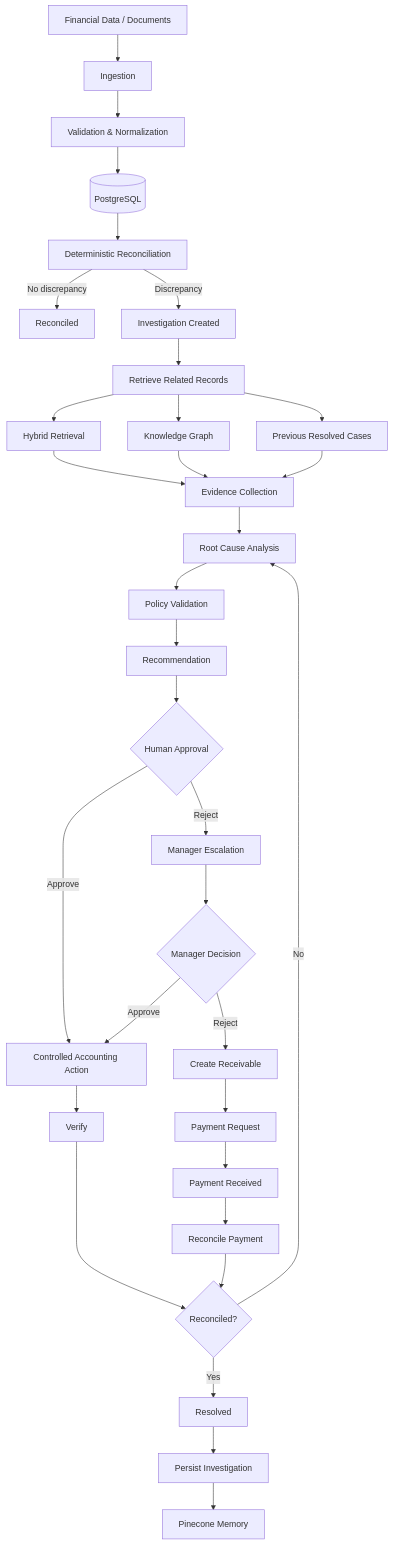
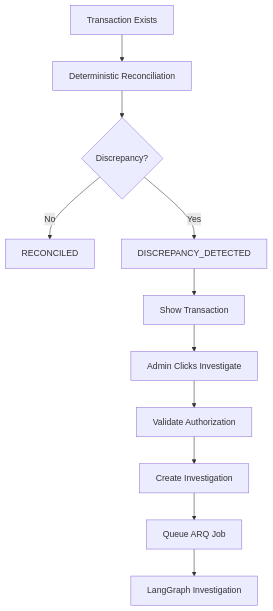
One commit to ChibuezeWilly/AI-Powered-Financial-Close-System changed the third of 23 diagrams in README.md. Above: the diagram before and after it, drawn with Mermaid. The commit also changed other lines of this file and 28 other files, not shown here.

````diff
--- a/README.md
+++ b/README.md
@@ -531,69 +576,23 @@
 ```mermaid
-
 flowchart TD
 
-    A[Financial Data / Documents] --> B[Ingestion]
+    A[Transaction Exists] --> B[Deterministic Reconciliation]
 
-    B --> C[Validation & Normalization]
+    B --> C{Discrepancy?}
 
-    C --> D[(PostgreSQL)]
+    C -->|No| D[RECONCILED]
 
-    D --> E[Deterministic Reconciliation]
+    C -->|Yes| E[DISCREPANCY_DETECTED]
 
-    E -->|No discrepancy| F[Reconciled]
+    E --> F[Show Transaction]
 
-    E -->|Discrepancy| G[Investigation Created]
+    F --> G[Admin Clicks Investigate]
 
-    G --> H[Retrieve Related Records]
+    G --> H[Validate Authorization]
 
-    H --> I[Hybrid Retrieval]
+    H --> I[Create Investigation]
 
-    H --> J[Knowledge Graph]
+    I --> J[Queue ARQ Job]
 
-    H --> K[Previous Resolved Cases]
-
-    I --> L[Evidence Collection]
-
-    J --> L
-
-    K --> L
-
-    L --> M[Root Cause Analysis]
-
-    M --> N[Policy Validation]
-
-    N --> O[Recommendation]
-
-    O --> P{Human Approval}
-
-    P -->|Approve| Q[Controlled Accounting Action]
-
-    P -->|Reject| R[Manager Escalation]
-
-    Q --> S[Verify]
-
-    S --> T{Reconciled?}
-
-    T -->|Yes| U[Resolved]
-
-    T -->|No| M
-
-    R --> V{Manager Decision}
-
-    V -->|Approve| Q
-
-    V -->|Reject| W[Create Receivable]
-
-    W --> X[Payment Request]
-
-    X --> Y[Payment Received]
-
-    Y --> Z[Reconcile Payment]
-
-    Z --> T
-
-    U --> AA[Persist Investigation]
-
-    AA --> AB[Pinecone Memory]
-
+    J --> K[LangGraph Investigation]
 ```
````
